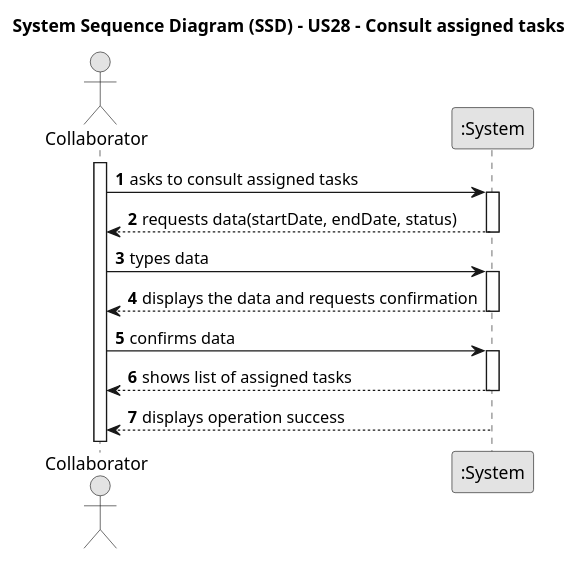
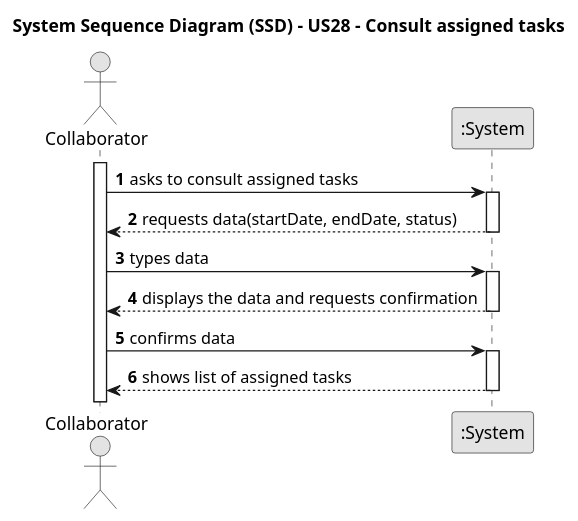
The diagram in docs/sprint3/us28/01.requirements-engineering/puml/us28-system-sequence-diagram.puml (Departamento-de-Engenharia-Informatica/lei-24-s2-1db-g022), drawn with PlantUML before and after one commit. The commit also changed 8 other files, not shown here.

```diff
--- a/docs/sprint3/us28/01.requirements-engineering/puml/us28-system-sequence-diagram.puml
+++ b/docs/sprint3/us28/01.requirements-engineering/puml/us28-system-sequence-diagram.puml
@@ -1,36 +1,33 @@
 @startuml
 skinparam monochrome true
 skinparam packageStyle rectangle
 skinparam shadowing false
 
 title System Sequence Diagram (SSD) - US28 - Consult assigned tasks
 
 autonumber
 
 actor "Collaborator" as Col
 participant ":System" as System
 
 activate Col
 
     Col -> System : asks to consult assigned tasks
     activate System
 
     System --> Col : requests data(startDate, endDate, status)
     deactivate System
 
     Col->System: types data
     activate System
 
     System --> Col : displays the data and requests confirmation
     deactivate System
 
     Col -> System : confirms data
     activate System
 
     System --> Col : shows list of assigned tasks
     deactivate System
 
-    System --> Col : displays operation success
-    deactivate System
-
 @enduml
```
